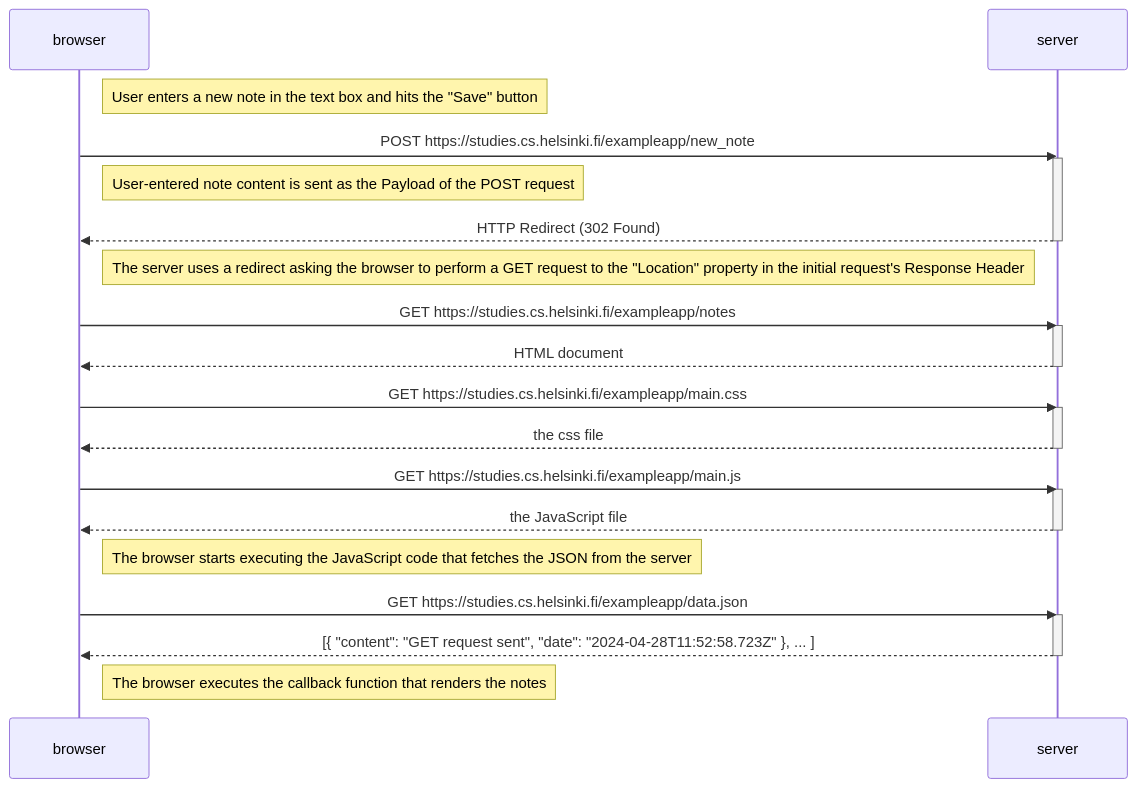
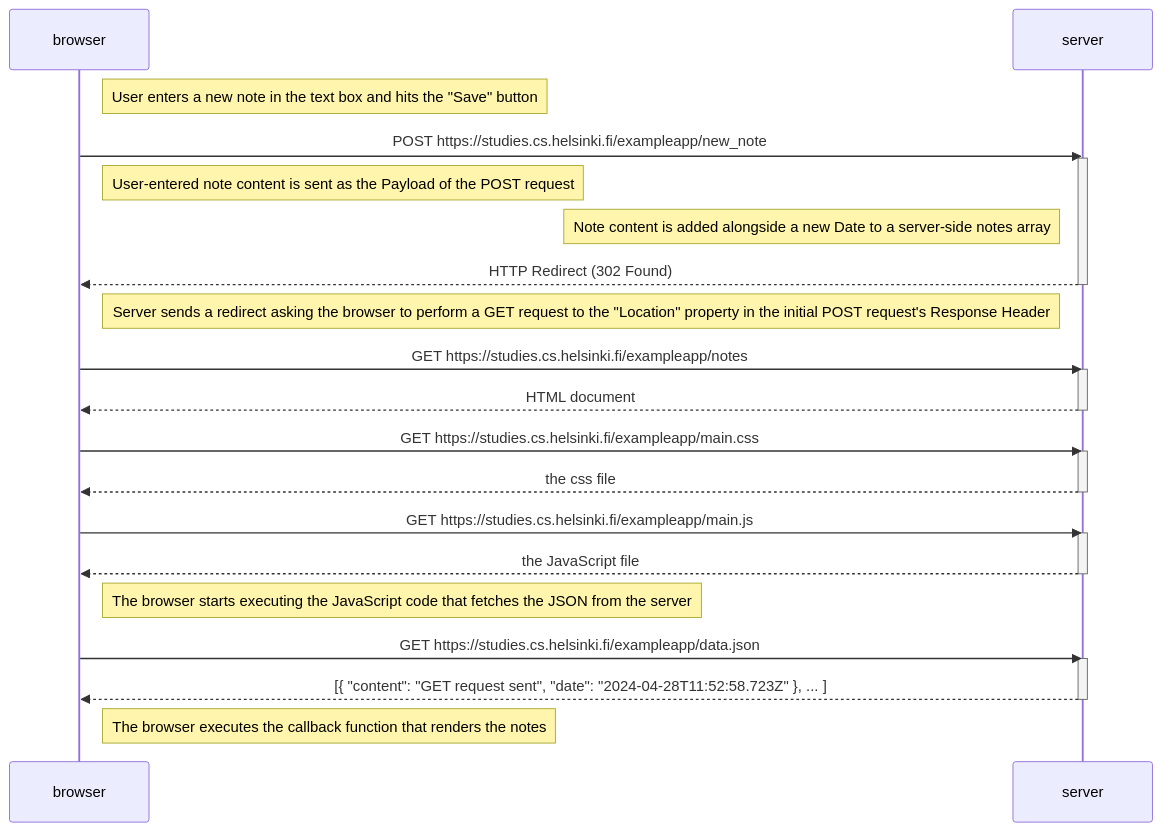
One commit to ElHussler/FullStackOpen changed the diagram in part0/0_4_new_note_diagram.md. Above: the diagram before and after it, drawn with Mermaid.

Commit message:
added note explanations and corrected alignment

````diff
--- a/part0/0_4_new_note_diagram.md
+++ b/part0/0_4_new_note_diagram.md
@@ -1,41 +1,43 @@
 ```mermaid
 sequenceDiagram
     participant browser
     participant server
     
     Note right of browser: User enters a new note in the text box and hits the "Save" button
 
     browser->>server: POST https://studies.cs.helsinki.fi/exampleapp/new_note
     activate server
     
     Note right of browser: User-entered note content is sent as the Payload of the POST request
+    
+    Note left of server: Note content is added alongside a new Date to a server-side notes array
 
     server-->>browser: HTTP Redirect (302 Found)
     deactivate server
     
-    Note right of browser: The server uses a redirect asking the browser to perform a GET request to the "Location" property in the initial request's Response Header
+    Note left of server: Server sends a redirect asking the browser to perform a GET request to the "Location" property in the initial POST request's Response Header
 
     browser->>server: GET https://studies.cs.helsinki.fi/exampleapp/notes
     activate server
     server-->>browser: HTML document
     deactivate server
 
     browser->>server: GET https://studies.cs.helsinki.fi/exampleapp/main.css
     activate server
     server-->>browser: the css file
     deactivate server
 
     browser->>server: GET https://studies.cs.helsinki.fi/exampleapp/main.js
     activate server
     server-->>browser: the JavaScript file
     deactivate server
 
     Note right of browser: The browser starts executing the JavaScript code that fetches the JSON from the server
 
     browser->>server: GET https://studies.cs.helsinki.fi/exampleapp/data.json
     activate server
     server-->>browser: [{ "content": "GET request sent", "date": "2024-04-28T11:52:58.723Z" }, ... ]
     deactivate server
 
     Note right of browser: The browser executes the callback function that renders the notes
 ```
````
